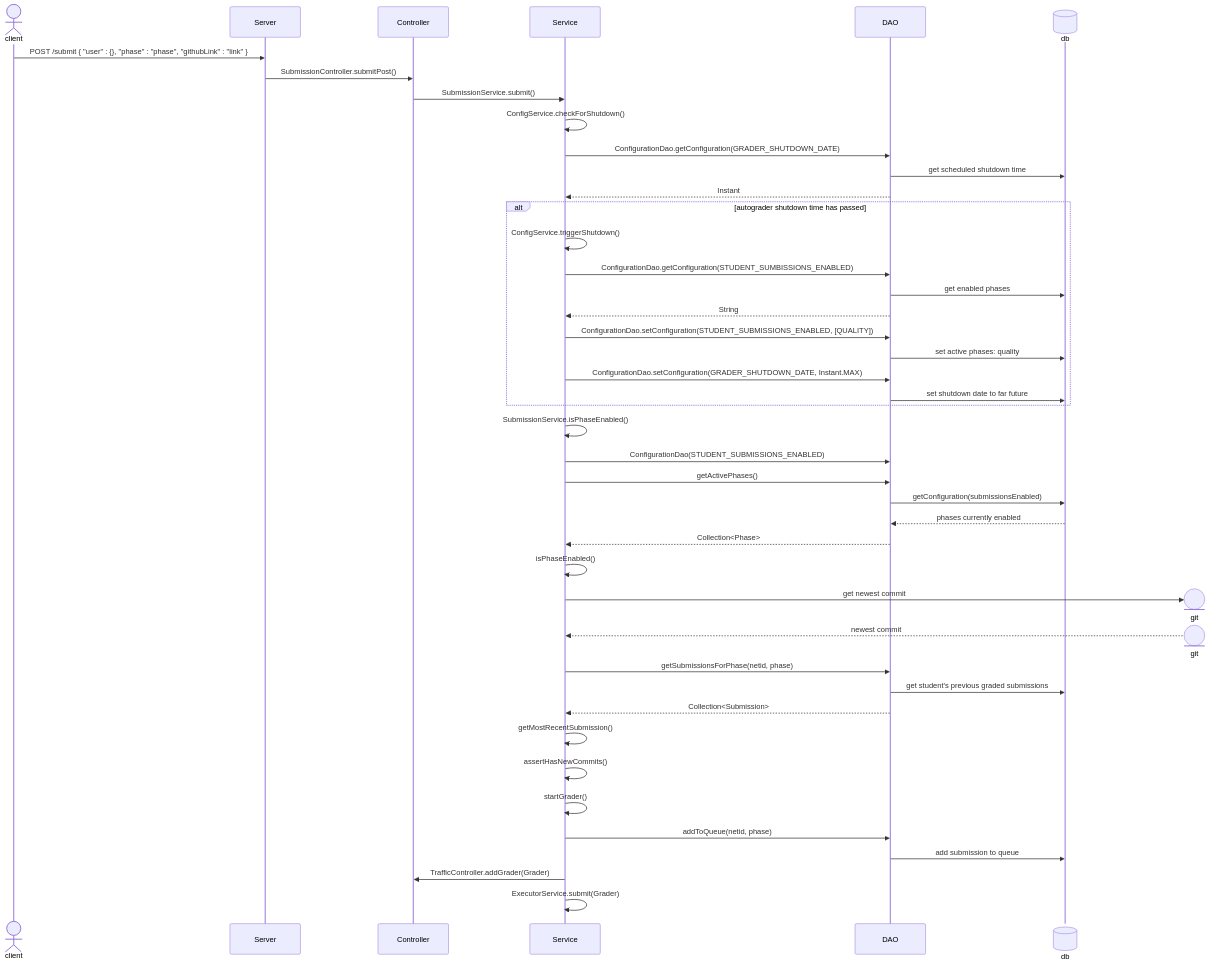
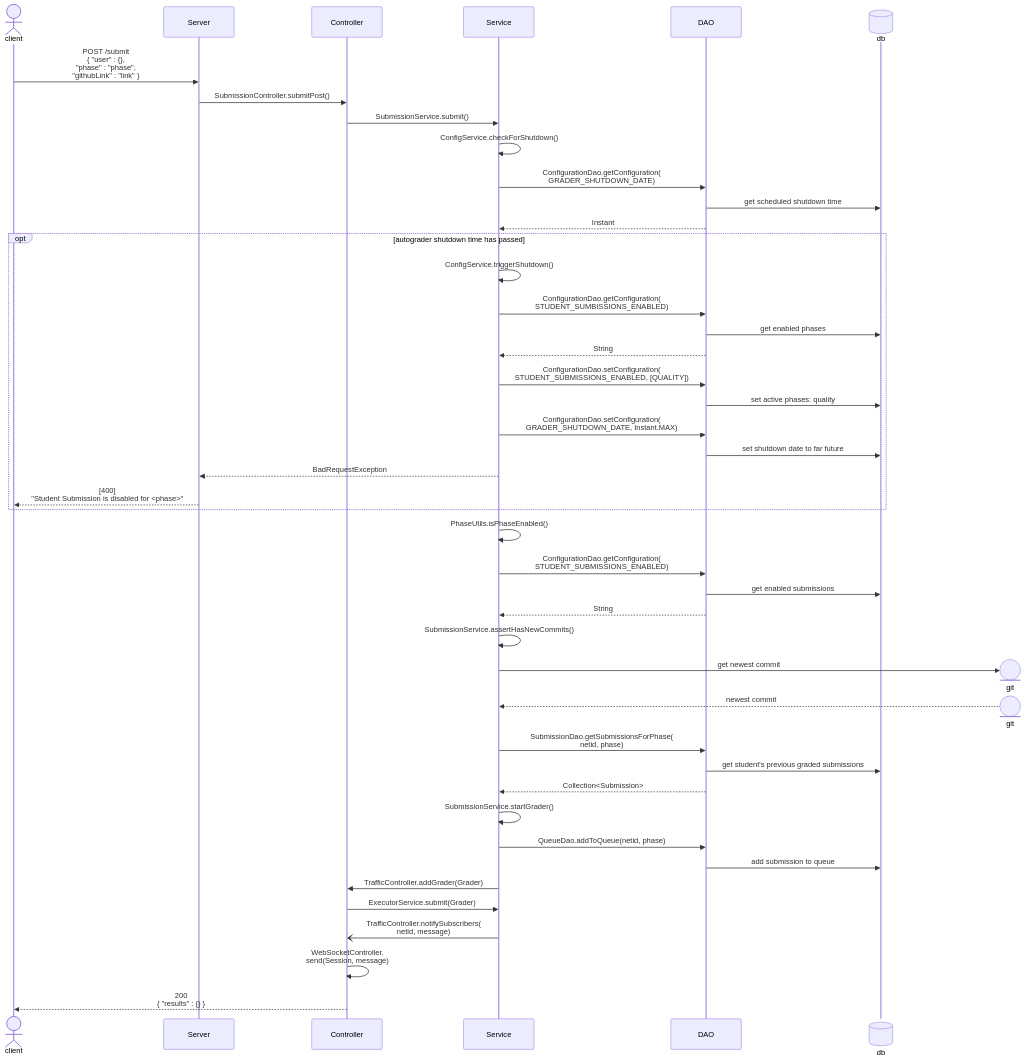
Before and after one commit to softwareconstruction240/autograder: the first of 3 diagrams in docs/overall-grading-flow.md, drawn with Mermaid. The commit also changed other lines of this file, not shown here.

Commit message:
Add features and fix formatting issues in overall grading flow diagram

````diff
--- a/docs/overall-grading-flow.md
+++ b/docs/overall-grading-flow.md
@@ -19,51 +20,52 @@
 ```mermaid
 sequenceDiagram
     actor client
     participant Server
     participant Controller
     participant Service
     participant dao as DAO
     participant db@{ "type" : "database" }
-    
-    client->>Server:POST /submit { "user" : {}, "phase" : "phase", "githubLink" : "link" }
+
+    client->>Server:POST /submit <br/>{ "user" : {},<br/>"phase" : "phase",<br/>"githubLink" : "link" }
     Server->>Controller:SubmissionController.submitPost()
     Controller->>Service:SubmissionService.submit()
     Service->>Service:ConfigService.checkForShutdown()
-    Service->>dao:ConfigurationDao.getConfiguration(GRADER_SHUTDOWN_DATE)
+    Service->>dao:ConfigurationDao.getConfiguration(<br/>GRADER_SHUTDOWN_DATE)
     dao->>db:get scheduled shutdown time
     dao-->>Service:Instant
-    alt autograder shutdown time has passed
+    opt autograder shutdown time has passed
         Service->>Service:ConfigService.triggerShutdown()
-        Service->>dao:ConfigurationDao.getConfiguration(STUDENT_SUMBISSIONS_ENABLED)
+        Service->>dao:ConfigurationDao.getConfiguration(<br/>STUDENT_SUMBISSIONS_ENABLED)
         dao->>db:get enabled phases
         dao-->>Service: String
-        Service->>dao:ConfigurationDao.setConfiguration(STUDENT_SUBMISSIONS_ENABLED, [QUALITY])
+        Service->>dao:ConfigurationDao.setConfiguration(<br/>STUDENT_SUBMISSIONS_ENABLED, [QUALITY])
         dao->>db:set active phases: quality
-        Service->>dao:ConfigurationDao.setConfiguration(GRADER_SHUTDOWN_DATE, Instant.MAX)
+        Service->>dao:ConfigurationDao.setConfiguration(<br/>GRADER_SHUTDOWN_DATE, Instant.MAX)
         dao->>db:set shutdown date to far future
+        Service-->>Server:BadRequestException
+        Server-->>client:[400]<br/>"Student Submission is disabled for <phase>"
     end
-    Service->>Service:SubmissionService.isPhaseEnabled()
-    Service->>dao:ConfigurationDao(STUDENT_SUBMISSIONS_ENABLED)
-    
-    Service->>dao:getActivePhases()
-    dao->>db:getConfiguration(submissionsEnabled)
-    db-->>dao:phases currently enabled
-    dao-->>Service:Collection<Phase>
-    Service->>Service:isPhaseEnabled()
-    
+
+    Service->>Service:PhaseUtils.isPhaseEnabled()
+    Service->>dao:ConfigurationDao.getConfiguration(<br/>STUDENT_SUBMISSIONS_ENABLED)
+    dao->>db:get enabled submissions
+    dao-->>Service:String
+
+    Service->>Service:SubmissionService.assertHasNewCommits()
     create participant git@{ "type" : "entity" }
     Service->>git:get newest commit
     destroy git
     git-->>Service:newest commit
-    Service->>dao:getSubmissionsForPhase(netid, phase)
+    Service->>dao:SubmissionDao.getSubmissionsForPhase(<br/>netid, phase)
     dao->>db:get student's previous graded submissions
     dao-->>Service:Collection<Submission>
-    Service->>Service:getMostRecentSubmission()
-    Service->>Service:assertHasNewCommits()
 
-    Service->>Service:startGrader()
-    Service->>dao:addToQueue(netid, phase)
+    Service->>Service:SubmissionService.startGrader()
+    Service->>dao:QueueDao.addToQueue(netid, phase)
     dao->>db:add submission to queue
     Service->>Controller:TrafficController.addGrader(Grader)
-    Service->>Service:ExecutorService.submit(Grader)
+    Controller->>Service:ExecutorService.submit(Grader)
+    Service-)Controller:TrafficController.notifySubscribers(<br/>netid, message)
+    Controller->>Controller:WebSocketController.<br/>send(Session, message)
+    Controller-->>client:200<br/>{ "results" : {} }
 ```
````
